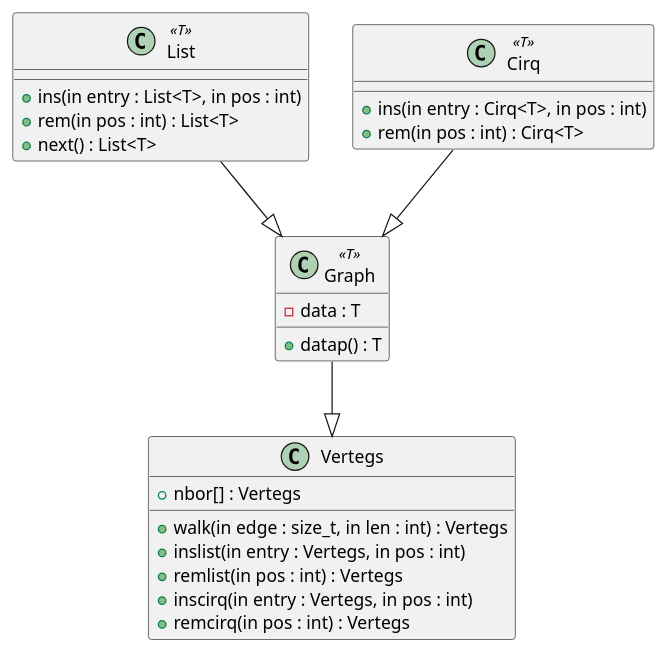
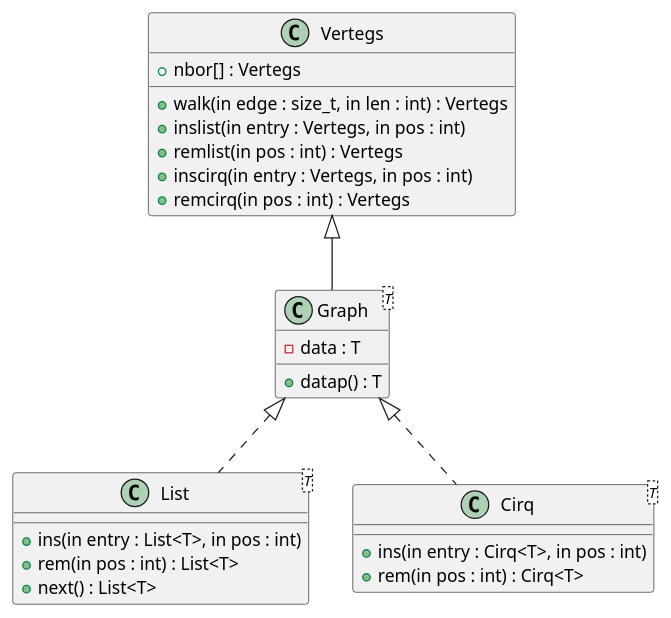
The diagram in include/vertegs/docs/hierarchy.puml (SzymonTurno/sturk), drawn with PlantUML before and after one commit. The commit also changed 14 other files, not shown here.

```diff
--- a/include/vertegs/docs/hierarchy.puml
+++ b/include/vertegs/docs/hierarchy.puml
@@ -1,32 +1,28 @@
 @startuml
 
 class Vertegs {
     +nbor[] : Vertegs
     +walk(in edge : size_t, in len : int) : Vertegs
     +inslist(in entry : Vertegs, in pos : int)
     +remlist(in pos : int) : Vertegs
     +inscirq(in entry : Vertegs, in pos : int)
     +remcirq(in pos : int) : Vertegs
 }
 
-class Graph <<T>> {
+class Graph<T> extends Vertegs {
     -data : T
     +datap() : T
 }
 
-class List <<T>> {
+class List<T> implements Graph {
     +ins(in entry : List<T>, in pos : int)
     +rem(in pos : int) : List<T>
     +next() : List<T>
 }
 
-class Cirq <<T>> {
+class Cirq<T> implements Graph {
     +ins(in entry : Cirq<T>, in pos : int)
     +rem(in pos : int) : Cirq<T>
 }
 
-Graph --|> Vertegs
-List --|> Graph
-Cirq --|> Graph
-
 @enduml
```
